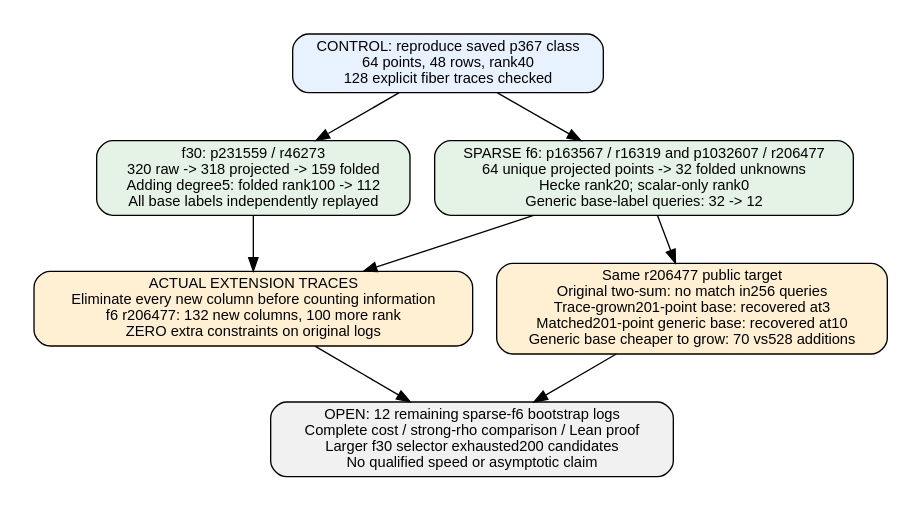
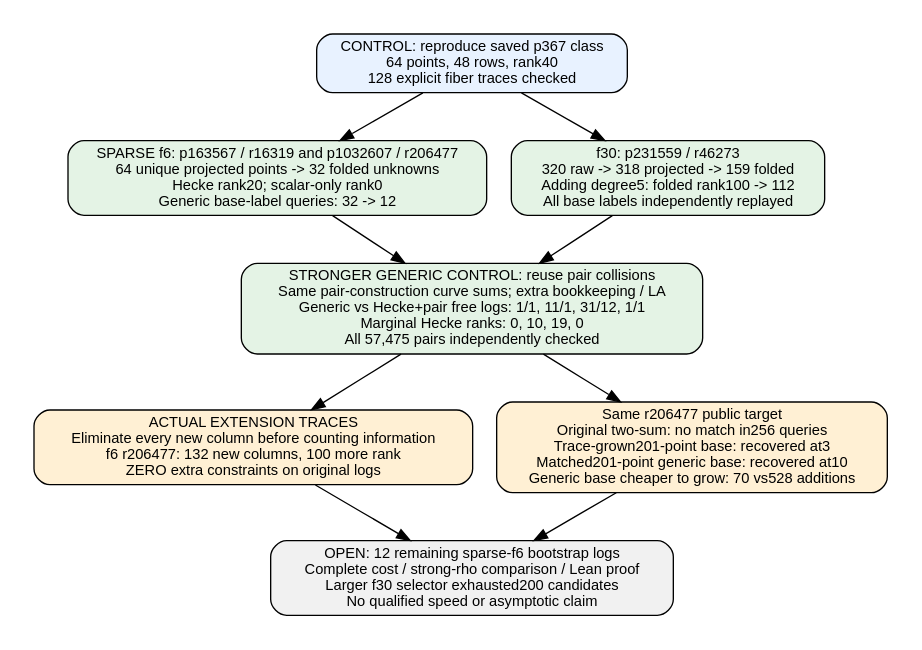
One commit to isogeny-labs/cryptanalysis changed the diagram in experiments/hecke-sparse-target-20261030/evidence.dot. Above: the diagram before and after it, drawn with Graphviz. The commit also changed 39 other files, not shown here.

Commit message:
Reuse signed pair collisions before Hecke base-log preparation

```diff
--- a/experiments/hecke-sparse-target-20261030/evidence.dot
+++ b/experiments/hecke-sparse-target-20261030/evidence.dot
@@ -1,18 +1,20 @@
 digraph Evidence {
   graph [rankdir=TB,bgcolor=white,pad="0.25"];
   node [shape=box,style="rounded,filled",fillcolor="#e8f2ff",fontname=Helvetica,fontsize=11];
   edge [fontname=Helvetica,fontsize=10];
   control [label="CONTROL: reproduce saved p367 class\n64 points, 48 rows, rank40\n128 explicit fiber traces checked"];
   sparse [label="SPARSE f6: p163567 / r16319 and p1032607 / r206477\n64 unique projected points -> 32 folded unknowns\nHecke rank20; scalar-only rank0\nGeneric base-label queries: 32 -> 12",fillcolor="#e4f3e5"];
   conductor [label="f30: p231559 / r46273\n320 raw -> 318 projected -> 159 folded\nAdding degree5: folded rank100 -> 112\nAll base labels independently replayed",fillcolor="#e4f3e5"];
+  reuse [label="STRONGER GENERIC CONTROL: reuse pair collisions\nSame pair-construction curve sums; extra bookkeeping / LA\nGeneric vs Hecke+pair free logs: 1/1, 11/1, 31/12, 1/1\nMarginal Hecke ranks: 0, 10, 19, 0\nAll 57,475 pairs independently checked",fillcolor="#e4f3e5"];
   trace [label="ACTUAL EXTENSION TRACES\nEliminate every new column before counting information\nf6 r206477: 132 new columns, 100 more rank\nZERO extra constraints on original logs",fillcolor="#fff0d4"];
   target [label="Same r206477 public target\nOriginal two-sum: no match in256 queries\nTrace-grown201-point base: recovered at3\nMatched201-point generic base: recovered at10\nGeneric base cheaper to grow: 70 vs528 additions",fillcolor="#fff0d4"];
   limits [label="OPEN: 12 remaining sparse-f6 bootstrap logs\nComplete cost / strong-rho comparison / Lean proof\nLarger f30 selector exhausted200 candidates\nNo qualified speed or asymptotic claim",fillcolor="#f1f1f1"];
   control -> sparse;
   control -> conductor;
-  sparse -> trace;
-  sparse -> target;
-  conductor -> trace;
+  sparse -> reuse;
+  conductor -> reuse;
+  reuse -> trace;
+  reuse -> target;
   trace -> limits;
   target -> limits;
 }
```
